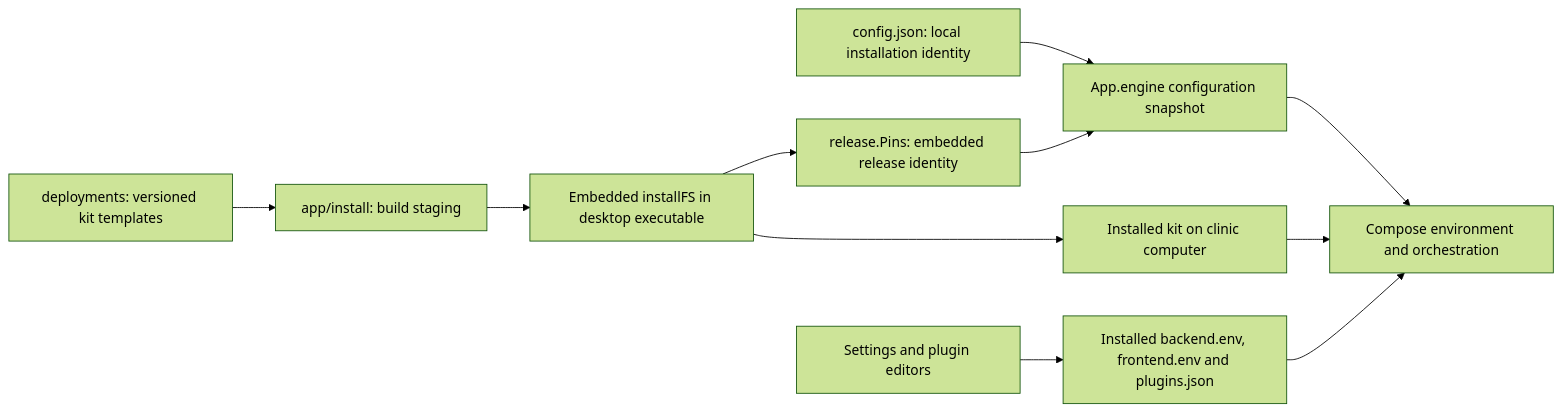
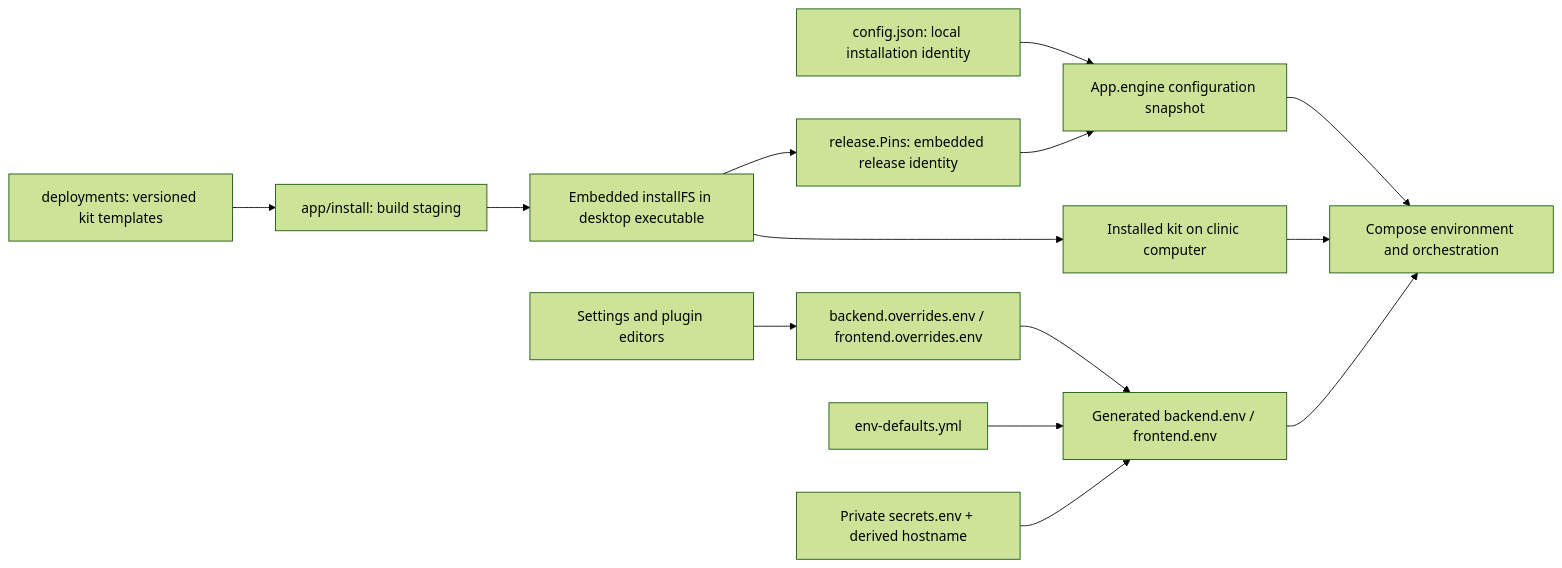
Before and after one commit to praffq/care_clinic: the first of 2 diagrams in docs/configuration-and-settings.md, drawn with Mermaid (forest theme). The commit also changed other lines of this file and 54 other files, not shown here.

First line of the commit message:
Generate private clinic configuration and compiled frontend overrides

````diff
--- a/docs/configuration-and-settings.md
+++ b/docs/configuration-and-settings.md
@@ -9,13 +9,16 @@
 ```mermaid
 flowchart LR
     Source["deployments: versioned kit templates"] --> Stage["app/install: build staging"]
     Stage --> Binary["Embedded installFS in desktop executable"]
     Binary --> Installed["Installed kit on clinic computer"]
     Config["config.json: local installation identity"] --> Engine["App.engine configuration snapshot"]
     Binary --> Pins["release.Pins: embedded release identity"]
     Pins --> Engine
     Engine --> Compose["Compose environment and orchestration"]
     Installed --> Compose
-    Editor["Settings and plugin editors"] --> RuntimeEnv["Installed backend.env, frontend.env and plugins.json"]
+    Editor["Settings and plugin editors"] --> Overrides["backend.overrides.env / frontend.overrides.env"]
+    Overrides --> RuntimeEnv["Generated backend.env / frontend.env"]
+    Defaults["env-defaults.yml"] --> RuntimeEnv
+    Secrets["Private secrets.env + derived hostname"] --> RuntimeEnv
     RuntimeEnv --> Compose
 ```
````
